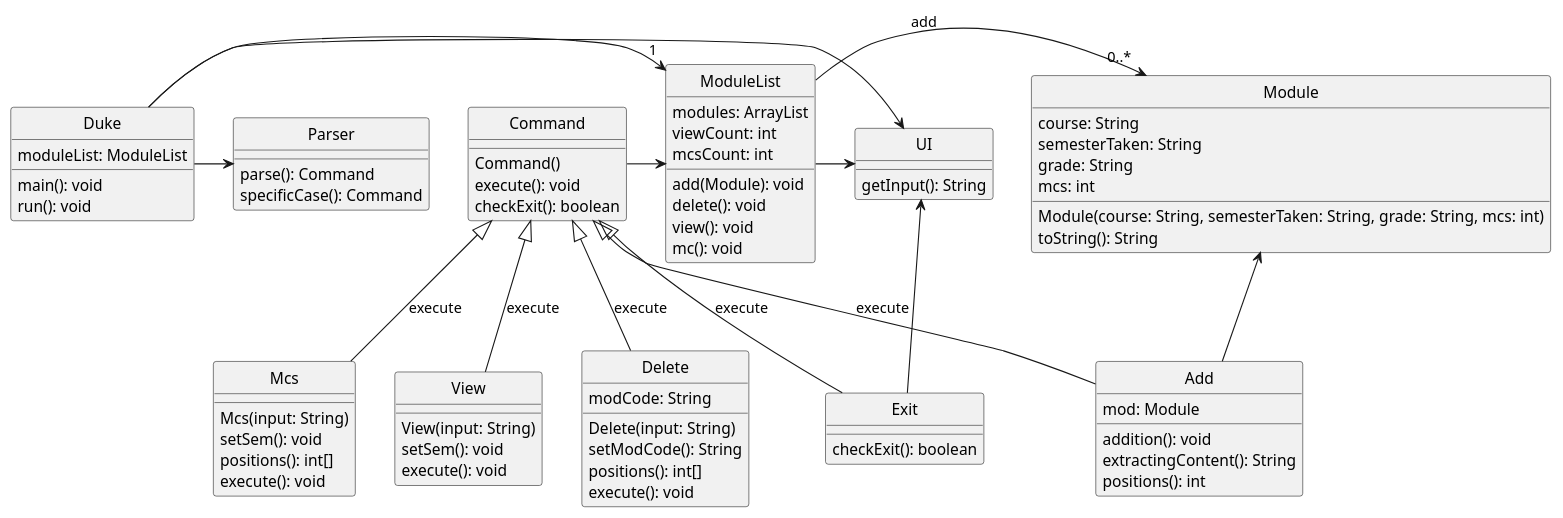
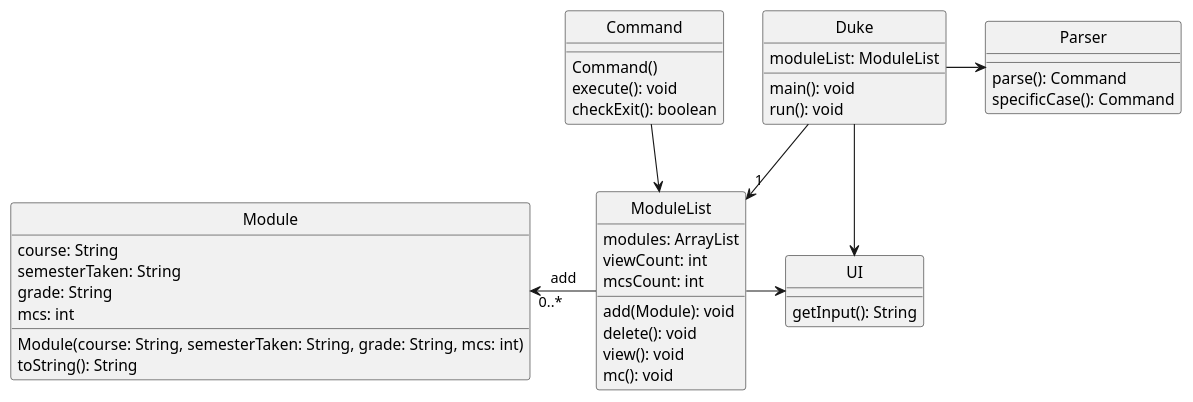
The diagram in docs/diagrams/GeneralClassDiagram.puml (nus-cs2113-AY2223S1/tp), drawn with PlantUML before and after one commit. The commit also changed 5 other files, not shown here.

Commit message:
Added JUnit Test for Check command

```diff
--- a/docs/diagrams/GeneralClassDiagram.puml
+++ b/docs/diagrams/GeneralClassDiagram.puml
@@ -1,105 +1,61 @@
-@startuml Class Diagram
+@startuml General Class Diagram
 'https://plantuml.com/class-diagram
 hide circle
 
 class Duke
 class Parser
 class UI
 class Command
-class Add
-class Delete
-class Exit
-class Mcs
-class View
 class ModuleList
 class Module
 
 class Duke {
 moduleList: ModuleList
 main(): void
 run(): void
 }
 
 class Parser {
 parse(): Command
 specificCase(): Command
 }
 
 class UI {
 getInput(): String
 }
 
 class Command {
 Command()
 execute(): void
 checkExit(): boolean
 }
 
 class Module {
 course: String
 semesterTaken: String
 grade: String
 mcs: int
 Module(course: String, semesterTaken: String, grade: String, mcs: int)
 toString(): String
 }
 
-class Add {
-mod: Module
-addition(): void
-extractingContent(): String
-positions(): int
-}
-
-class Delete {
-modCode: String
-Delete(input: String)
-setModCode(): String
-positions(): int[]
-execute(): void
-}
-
-class Exit {
-checkExit(): boolean
-}
-
-class Mcs {
-Mcs(input: String)
-setSem(): void
-positions(): int[]
-execute(): void
-}
-
-class View {
-View(input: String)
-setSem(): void
-execute(): void
-}
-
 class ModuleList {
 modules: ArrayList
 viewCount: int
 mcsCount: int
 add(Module): void
 delete(): void
 view(): void
 mc(): void
 }
 
-Command <|-- Add : execute
-Command <|-- Delete : execute
-Command <|-- Exit : execute
-Command <|-- Mcs : execute
-Command <|-- View : execute
-Duke -> "1" ModuleList
+Duke --> "1" ModuleList
 Duke -> UI
 Duke -> Parser
-Module <-- Add
 ModuleList -> UI
-UI <-- Exit
-Command -> ModuleList
-ModuleList -> "0..*" Module : add
+Command --> ModuleList
+ModuleList -l-> "0..*" Module : add
 
 
 
 @enduml
```
